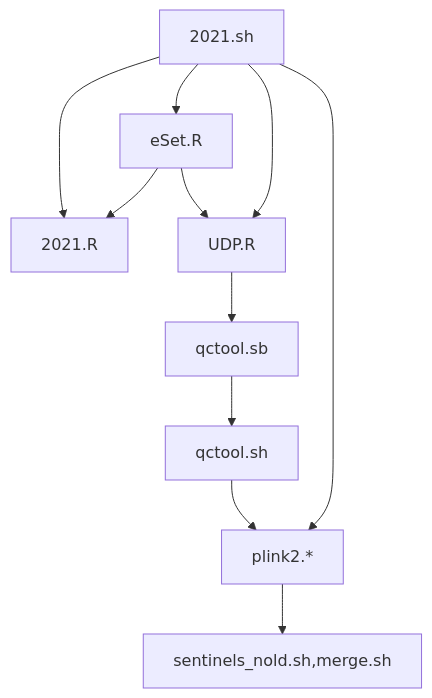
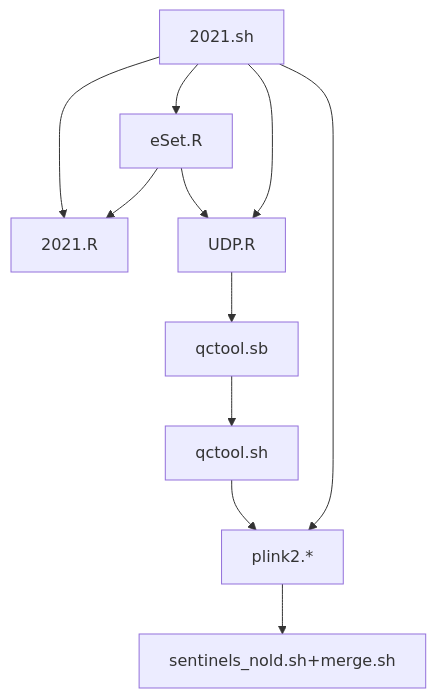
One commit to jinghuazhao/Caprion changed the second of 2 diagrams in docs/README.md. Above: the diagram before and after it, drawn with Mermaid. The commit also changed other lines of this file, not shown here.

````diff
--- a/docs/README.md
+++ b/docs/README.md
@@ -50,14 +50,14 @@
 ```mermaid
 graph TB
 2021.sh
 2021.sh --> eSet.R
 2021.sh --> 2021.R
 eSet.R --> 2021.R
 eSet.R --> UDP.R
 2021.sh --> UDP.R
 UDP.R --> qctool.sb
 qctool.sb --> qctool.sh
 qctool.sh --> plink2.*
 2021.sh --> plink2.*
-plink2.* --> sentinels_nold.sh,merge.sh
+plink2.* --> sentinels_nold.sh+merge.sh
 ```
````
